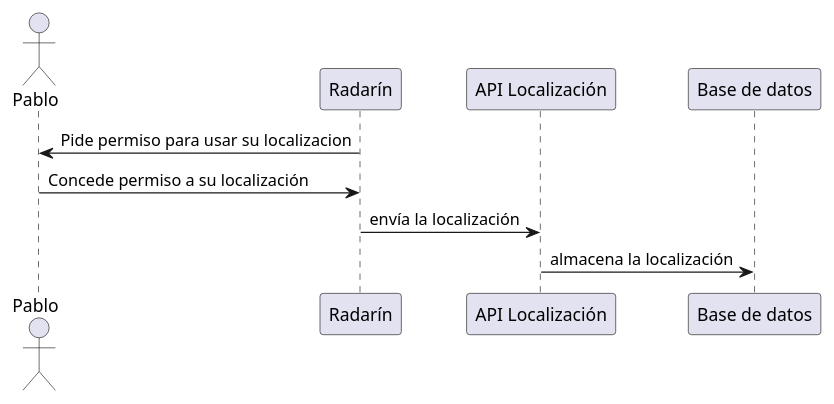
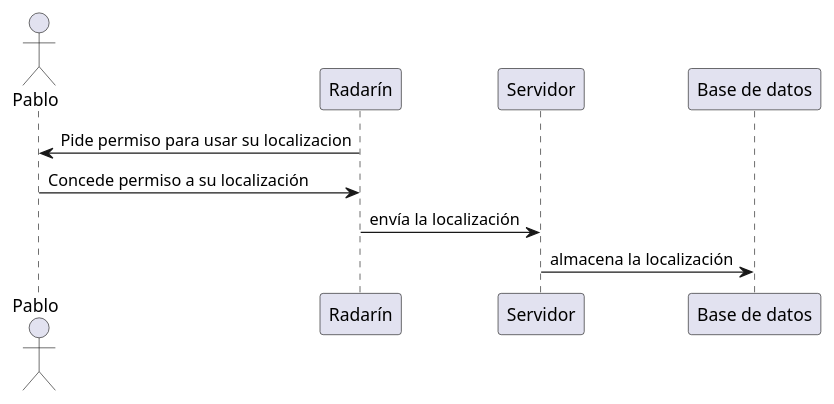
The seventh of 10 diagrams in webapp/docs/06_runtime_view.adoc (Arquisoft/radarin_es4a), drawn with PlantUML before and after one commit. The commit also changed other lines of this file and 8 other files, not shown here.

```diff
--- a/webapp/docs/06_runtime_view.adoc
+++ b/webapp/docs/06_runtime_view.adoc
@@ -165,11 +155,11 @@
-[plantuml,"compartir_ubicacion",png]
+[plantuml,"compartir_ubicacion_web_y_movil",png]
 ----
 actor Pablo
-participant  "Radarín"
-participant "API Localización"
+participant "Radarín"
+participant "Servidor"
 participant "Base de datos"
 "Radarín" -> Pablo: Pide permiso para usar su localizacion
 Pablo -> "Radarín": Concede permiso a su localización
-"Radarín" -> "API Localización": envía la localización
-"API Localización" -> "Base de datos": almacena la localización
+"Radarín" -> "Servidor": envía la localización
+"Servidor" -> "Base de datos": almacena la localización
 ----
```
